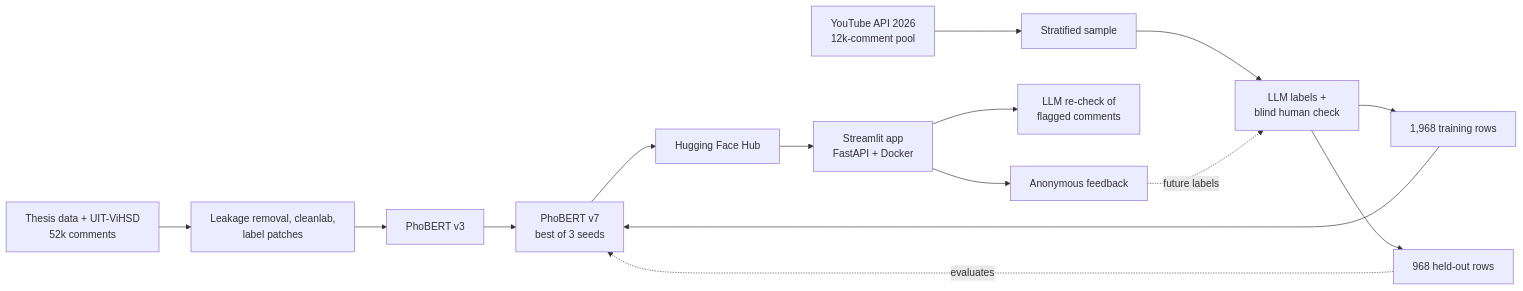
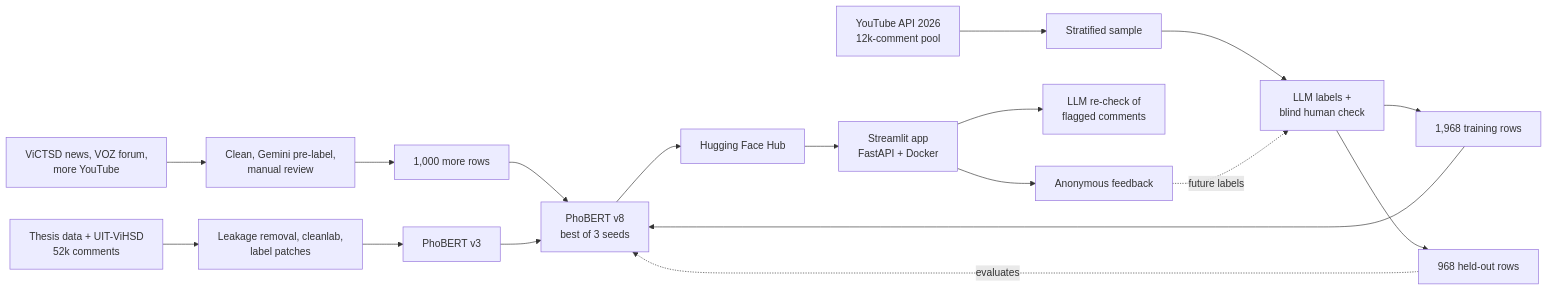
Before and after one commit to Harukaru1/vietnamese-toxic-comment-moderation: the diagram in README.md, drawn with Mermaid. The commit also changed other lines of this file and 3 other files, not shown here.

First line of the commit message:
Deploy PhoBERT v8 in the demo and API

````diff
--- a/README.md
+++ b/README.md
@@ -127,11 +138,12 @@
 ```mermaid
 flowchart LR
     A[Thesis data + UIT-ViHSD<br/>52k comments] --> B[Leakage removal, cleanlab,<br/>label patches] --> M3[PhoBERT v3]
     Y[YouTube API 2026<br/>12k-comment pool] --> S[Stratified sample] --> L[LLM labels +<br/>blind human check]
-    L --> TR[1,968 training rows] --> M7[PhoBERT v7<br/>best of 3 seeds]
-    M3 --> M7
-    L --> TE[968 held-out rows] -.evaluates.-> M7
-    M7 --> H[Hugging Face Hub] --> APP[Streamlit app<br/>FastAPI + Docker]
+    L --> TR[1,968 training rows] --> M8[PhoBERT v8<br/>best of 3 seeds]
+    X[ViCTSD news, VOZ forum,<br/>more YouTube] --> C[Clean, Gemini pre-label,<br/>manual review] --> E[1,000 more rows] --> M8
+    M3 --> M8
+    L --> TE[968 held-out rows] -.evaluates.-> M8
+    M8 --> H[Hugging Face Hub] --> APP[Streamlit app<br/>FastAPI + Docker]
     APP --> G[LLM re-check of<br/>flagged comments]
     APP --> F[Anonymous feedback] -.future labels.-> L
 ```
````
